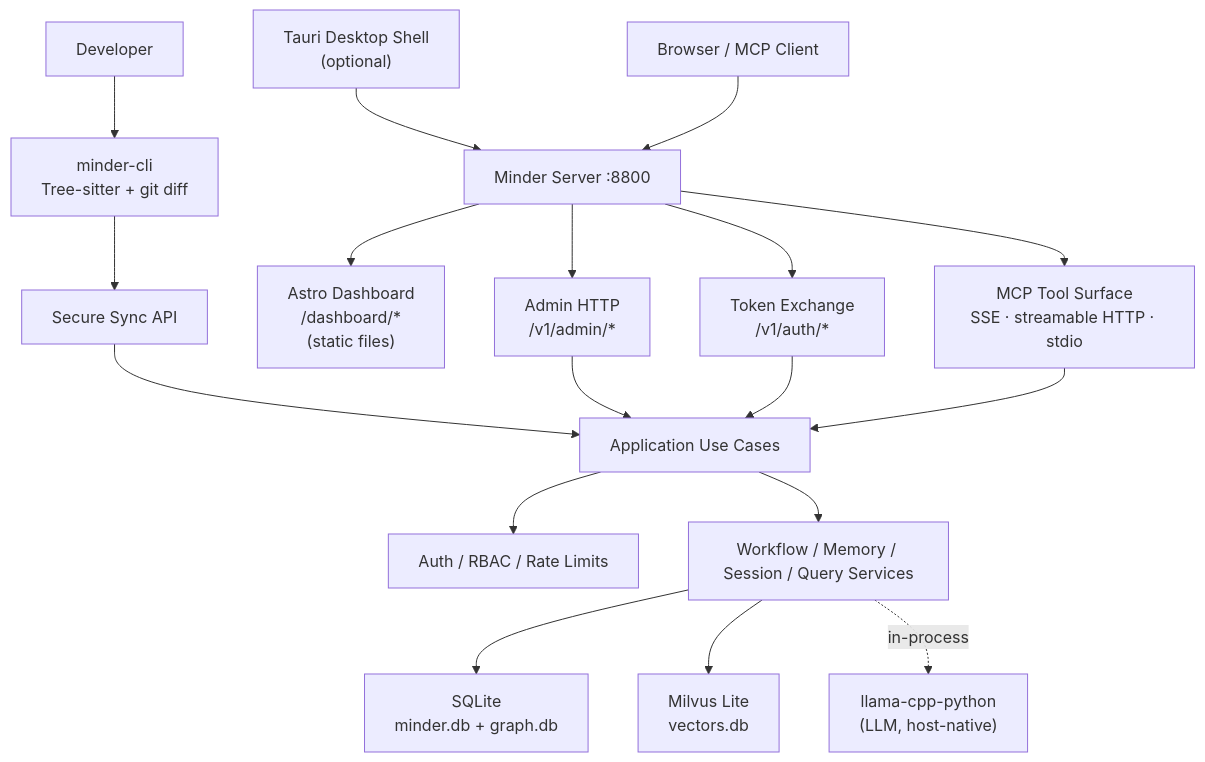
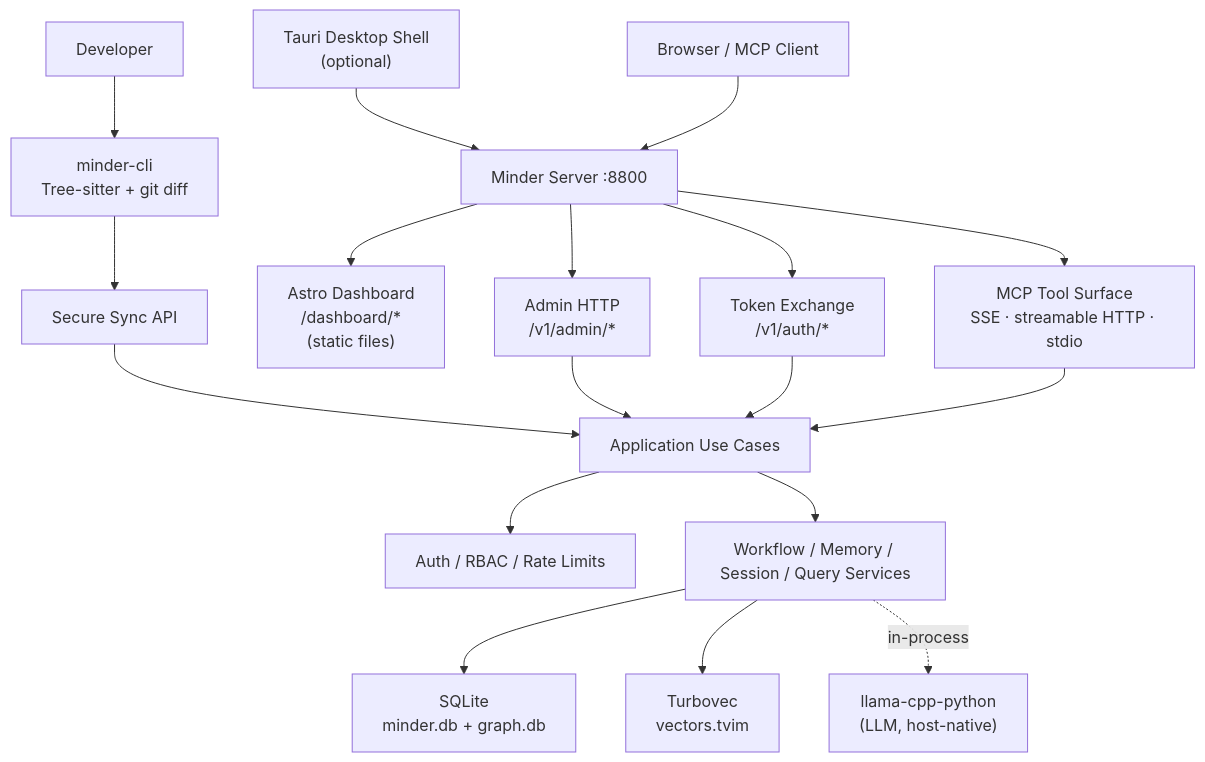
The first of 8 diagrams in docs/architecture/system-design.md (hiimtrung/minder), drawn with Mermaid before and after one commit. The commit also changed other lines of this file and 7 other files, not shown here.

Commit message:
chore: replace Milvus Lite with Turbovec as the default embedded vector database in documentation and configuration

````diff
--- a/docs/architecture/system-design.md
+++ b/docs/architecture/system-design.md
@@ -48,25 +48,25 @@
 ```mermaid
 flowchart TB
   Dev["Developer"] --> CLI["minder-cli\nTree-sitter + git diff"]
   CLI --> SyncAPI["Secure Sync API"]
 
   Desktop["Tauri Desktop Shell\n(optional)"] --> Server["Minder Server :8800"]
   Browser["Browser / MCP Client"] --> Server
 
   Server --> Dashboard["Astro Dashboard\n/dashboard/*\n(static files)"]
   Server --> AdminHTTP["Admin HTTP\n/v1/admin/*"]
   Server --> TokenHTTP["Token Exchange\n/v1/auth/*"]
   Server --> MCPTools["MCP Tool Surface\nSSE · streamable HTTP · stdio"]
 
   SyncAPI --> UseCases["Application Use Cases"]
   AdminHTTP --> UseCases
   TokenHTTP --> UseCases
   MCPTools --> UseCases
 
   UseCases --> Auth["Auth / RBAC / Rate Limits"]
   UseCases --> Services["Workflow / Memory / Session / Query Services"]
 
   Services --> SQLite["SQLite\nminder.db + graph.db"]
-  Services --> Milvus["Milvus Lite\nvectors.db"]
+  Services --> Turbovec["Turbovec\nvectors.tvim"]
   Services -.->|"in-process"| LlamaCpp["llama-cpp-python\n(LLM, host-native)"]
 ```
````
